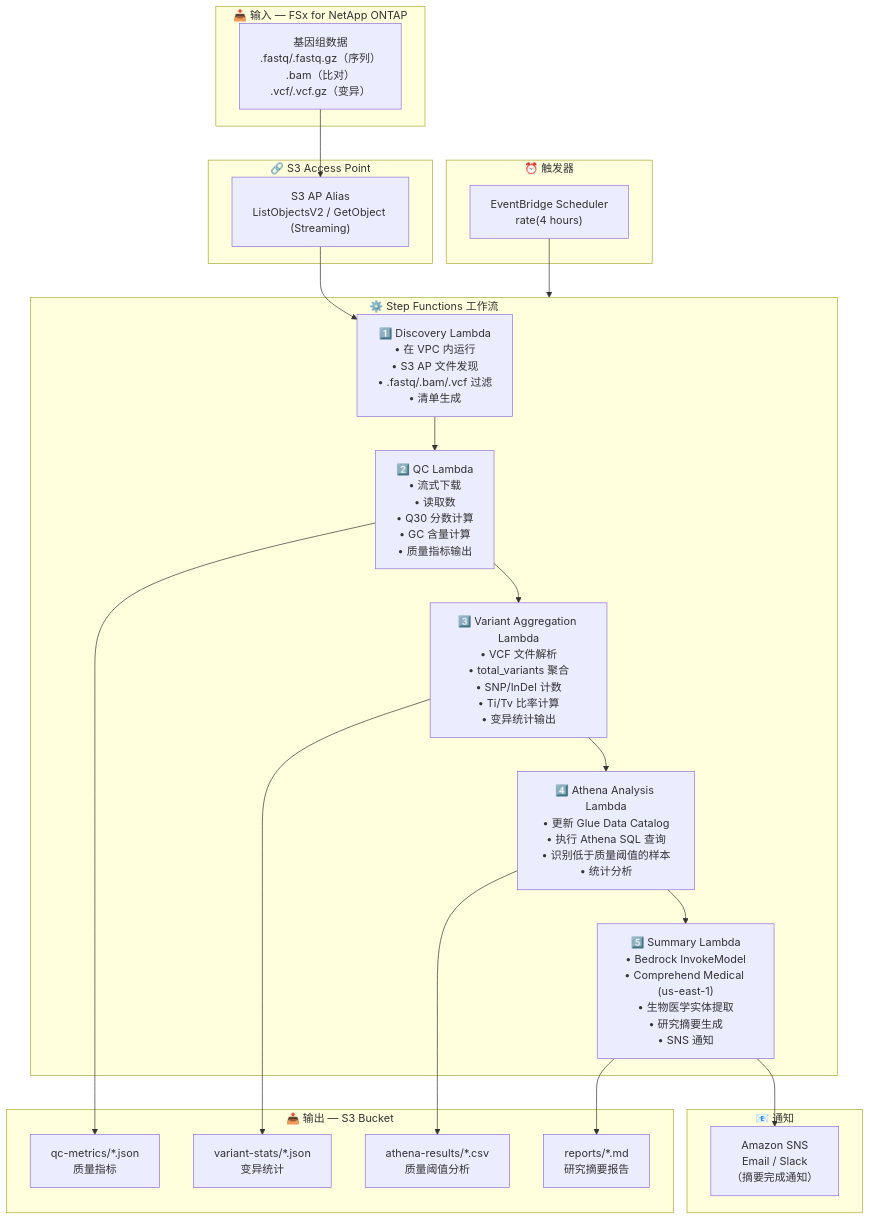
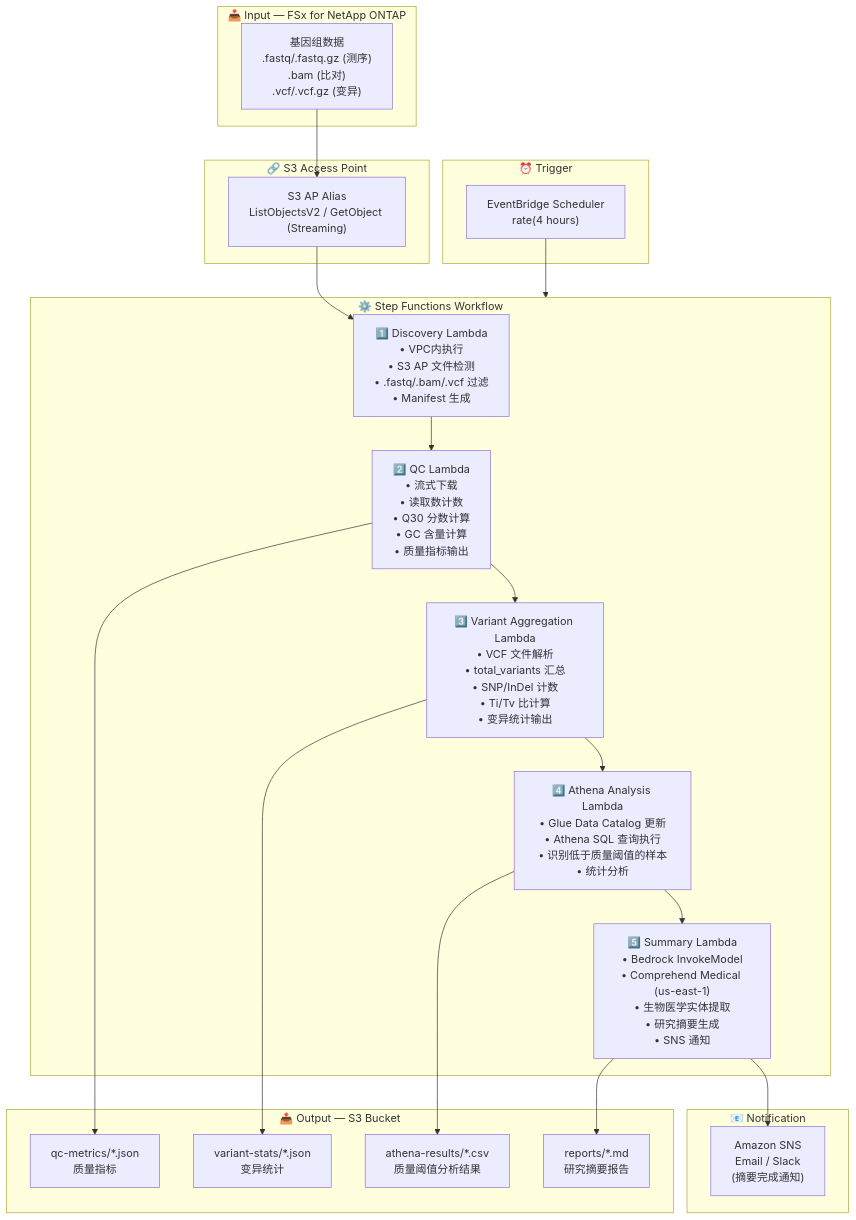
Before and after one commit to Yoshiki0705/FSx-for-ONTAP-S3AccessPoints-Serverless-Patterns: the diagram in genomics-pipeline/docs/architecture.zh-CN.md, drawn with Mermaid. The commit also changed other lines of this file and 54 other files, not shown here.

````diff
--- a/genomics-pipeline/docs/architecture.zh-CN.md
+++ b/genomics-pipeline/docs/architecture.zh-CN.md
@@ -11,46 +13,46 @@
 ```mermaid
 flowchart TB
-    subgraph INPUT["📥 输入 — FSx for NetApp ONTAP"]
-        DATA["基因组数据<br/>.fastq/.fastq.gz（序列）<br/>.bam（比对）<br/>.vcf/.vcf.gz（变异）"]
+    subgraph INPUT["📥 Input — FSx for NetApp ONTAP"]
+        DATA["基因组数据<br/>.fastq/.fastq.gz (测序)<br/>.bam (比对)<br/>.vcf/.vcf.gz (变异)"]
     end
 
     subgraph S3AP["🔗 S3 Access Point"]
         ALIAS["S3 AP Alias<br/>ListObjectsV2 / GetObject (Streaming)"]
     end
 
-    subgraph TRIGGER["⏰ 触发器"]
+    subgraph TRIGGER["⏰ Trigger"]
         EB["EventBridge Scheduler<br/>rate(4 hours)"]
     end
 
-    subgraph SFN["⚙️ Step Functions 工作流"]
-        DISC["1️⃣ Discovery Lambda<br/>• 在 VPC 内运行<br/>• S3 AP 文件发现<br/>• .fastq/.bam/.vcf 过滤<br/>• 清单生成"]
-        QC["2️⃣ QC Lambda<br/>• 流式下载<br/>• 读取数<br/>• Q30 分数计算<br/>• GC 含量计算<br/>• 质量指标输出"]
-        VA["3️⃣ Variant Aggregation Lambda<br/>• VCF 文件解析<br/>• total_variants 聚合<br/>• SNP/InDel 计数<br/>• Ti/Tv 比率计算<br/>• 变异统计输出"]
-        ATH["4️⃣ Athena Analysis Lambda<br/>• 更新 Glue Data Catalog<br/>• 执行 Athena SQL 查询<br/>• 识别低于质量阈值的样本<br/>• 统计分析"]
+    subgraph SFN["⚙️ Step Functions Workflow"]
+        DISC["1️⃣ Discovery Lambda<br/>• VPC内执行<br/>• S3 AP 文件检测<br/>• .fastq/.bam/.vcf 过滤<br/>• Manifest 生成"]
+        QC["2️⃣ QC Lambda<br/>• 流式下载<br/>• 读取数计数<br/>• Q30 分数计算<br/>• GC 含量计算<br/>• 质量指标输出"]
+        VA["3️⃣ Variant Aggregation Lambda<br/>• VCF 文件解析<br/>• total_variants 汇总<br/>• SNP/InDel 计数<br/>• Ti/Tv 比计算<br/>• 变异统计输出"]
+        ATH["4️⃣ Athena Analysis Lambda<br/>• Glue Data Catalog 更新<br/>• Athena SQL 查询执行<br/>• 识别低于质量阈值的样本<br/>• 统计分析"]
         SUM["5️⃣ Summary Lambda<br/>• Bedrock InvokeModel<br/>• Comprehend Medical (us-east-1)<br/>• 生物医学实体提取<br/>• 研究摘要生成<br/>• SNS 通知"]
     end
 
-    subgraph OUTPUT["📤 输出 — S3 Bucket"]
+    subgraph OUTPUT["📤 Output — S3 Bucket"]
         QCOUT["qc-metrics/*.json<br/>质量指标"]
         VAROUT["variant-stats/*.json<br/>变异统计"]
-        ATHOUT["athena-results/*.csv<br/>质量阈值分析"]
+        ATHOUT["athena-results/*.csv<br/>质量阈值分析结果"]
         REPORT["reports/*.md<br/>研究摘要报告"]
     end
 
-    subgraph NOTIFY["📧 通知"]
-        SNS["Amazon SNS<br/>Email / Slack<br/>（摘要完成通知）"]
+    subgraph NOTIFY["📧 Notification"]
+        SNS["Amazon SNS<br/>Email / Slack<br/>(摘要完成通知)"]
     end
 
     DATA --> ALIAS
     ALIAS --> DISC
     EB --> SFN
     DISC --> QC
     QC --> VA
     VA --> ATH
     ATH --> SUM
     QC --> QCOUT
     VA --> VAROUT
     ATH --> ATHOUT
     SUM --> REPORT
     SUM --> SNS
 ```
````
